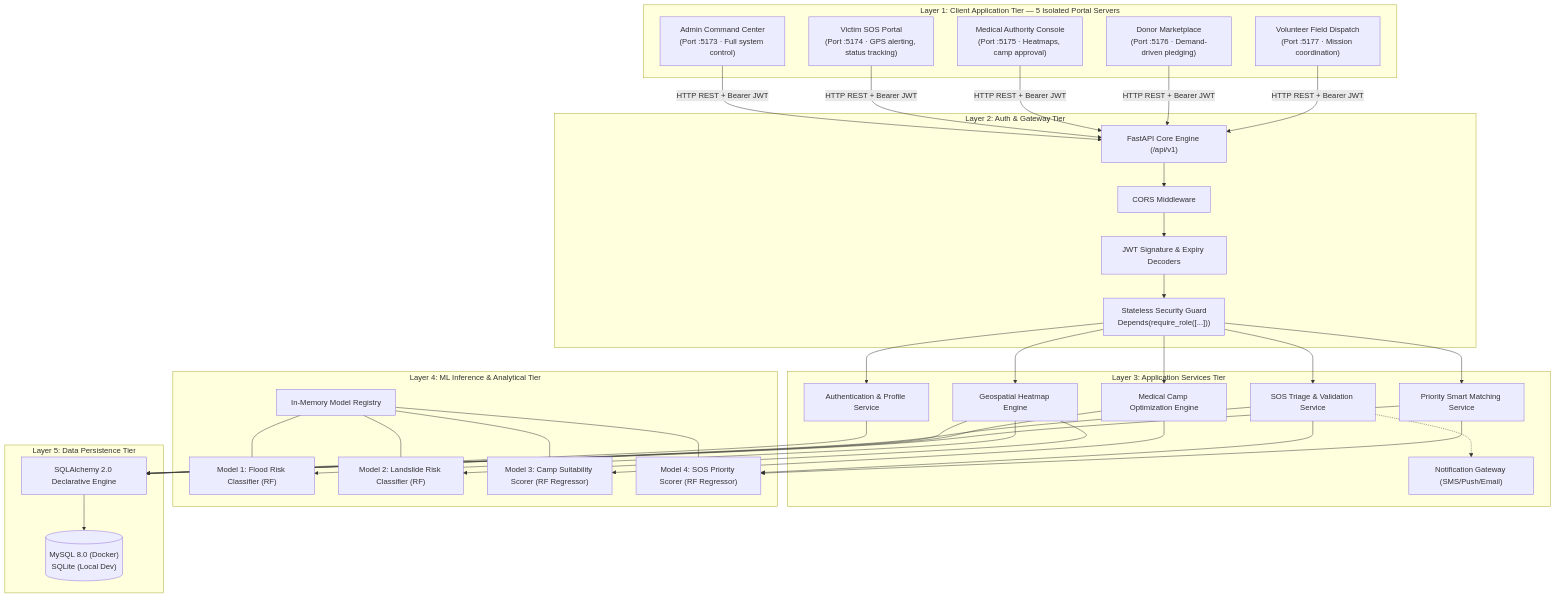
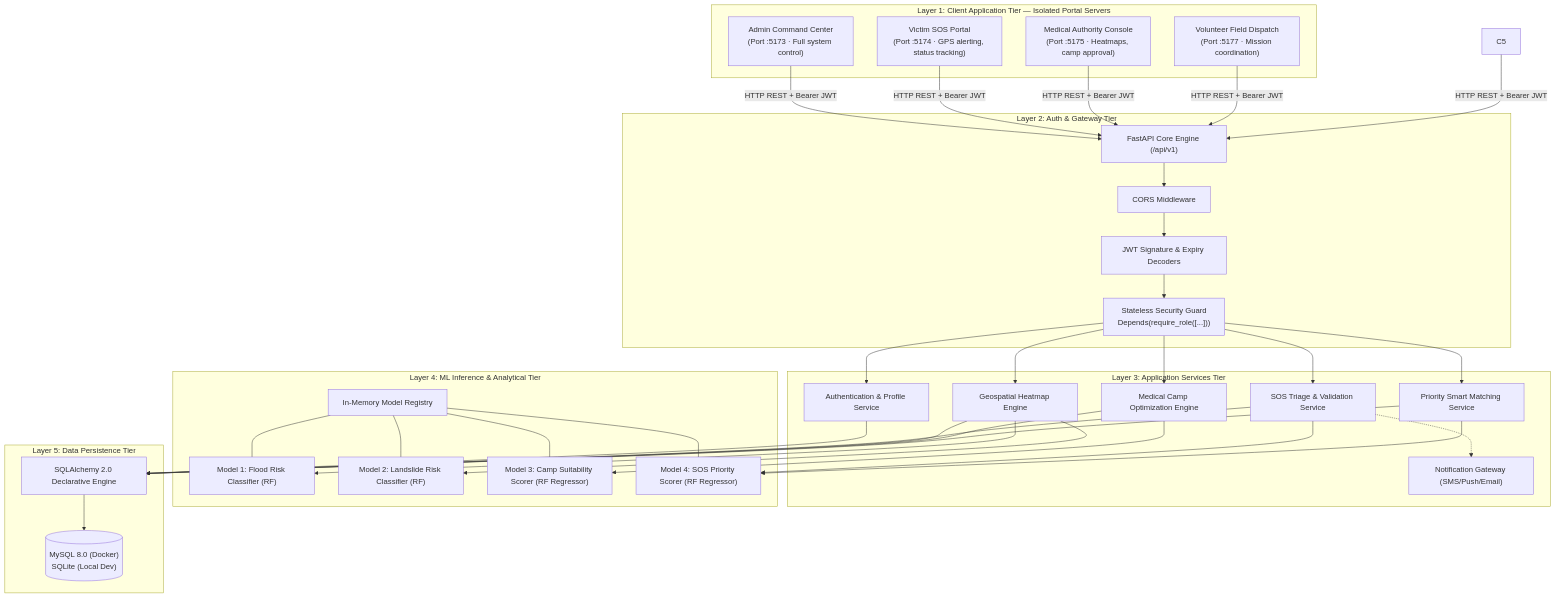
Before and after one commit to kavithaniwandi/R26-IT-047: the first of 2 diagrams in docs/01_system_architecture.md, drawn with Mermaid. The commit also changed other lines of this file and 22 other files, not shown here.

Commit message:
Removed Donor Marketplace page

````diff
--- a/docs/01_system_architecture.md
+++ b/docs/01_system_architecture.md
@@ -10,54 +10,53 @@
 ```mermaid
 graph TB
-    subgraph L1 ["Layer 1: Client Application Tier — 5 Isolated Portal Servers"]
+    subgraph L1 ["Layer 1: Client Application Tier — Isolated Portal Servers"]
         C1["Admin Command Center<br/>(Port :5173 · Full system control)"]
         C2["Victim SOS Portal<br/>(Port :5174 · GPS alerting, status tracking)"]
         C3["Medical Authority Console<br/>(Port :5175 · Heatmaps, camp approval)"]
-        C4["Donor Marketplace<br/>(Port :5176 · Demand-driven pledging)"]
-        C5["Volunteer Field Dispatch<br/>(Port :5177 · Mission coordination)"]
+        C4["Volunteer Field Dispatch<br/>(Port :5177 · Mission coordination)"]
     end
 
     subgraph L2 ["Layer 2: Auth & Gateway Tier"]
         GW["FastAPI Core Engine (/api/v1)"]
         CORS["CORS Middleware"]
         SEC["Stateless Security Guard<br/>Depends(require_role([...]))"]
         JWT_DEC["JWT Signature & Expiry Decoders"]
     end
 
     subgraph L3 ["Layer 3: Application Services Tier"]
         S_AUTH["Authentication & Profile Service"]
         S_SOS["SOS Triage & Validation Service"]
         S_HEAT["Geospatial Heatmap Engine"]
         S_CAMP["Medical Camp Optimization Engine"]
         S_MATCH["Priority Smart Matching Service"]
         S_NOTIF["Notification Gateway (SMS/Push/Email)"]
     end
 
     subgraph L4 ["Layer 4: ML Inference & Analytical Tier"]
         ML_STORE["In-Memory Model Registry"]
         M_FLOOD["Model 1: Flood Risk Classifier (RF)"]
         M_LAND["Model 2: Landslide Risk Classifier (RF)"]
         M_CAMP["Model 3: Camp Suitability Scorer (RF Regressor)"]
         M_PRIO["Model 4: SOS Priority Scorer (RF Regressor)"]
     end
 
     subgraph L5 ["Layer 5: Data Persistence Tier"]
         ORM["SQLAlchemy 2.0 Declarative Engine"]
         DB[("MySQL 8.0 (Docker)
 SQLite (Local Dev)")]
     end
 
     C1 & C2 & C3 & C4 & C5 -->|HTTP REST + Bearer JWT| GW
     GW --> CORS --> JWT_DEC --> SEC
     SEC --> S_AUTH & S_SOS & S_HEAT & S_CAMP & S_MATCH
     
     S_SOS --> M_PRIO
     S_HEAT --> M_FLOOD & M_LAND
     S_CAMP --> M_CAMP
     S_MATCH --> M_PRIO
     
     ML_STORE --- M_FLOOD & M_LAND & M_CAMP & M_PRIO
 
     S_AUTH & S_SOS & S_HEAT & S_CAMP & S_MATCH --> ORM --> DB
     S_SOS -.-> S_NOTIF
 ```
````
